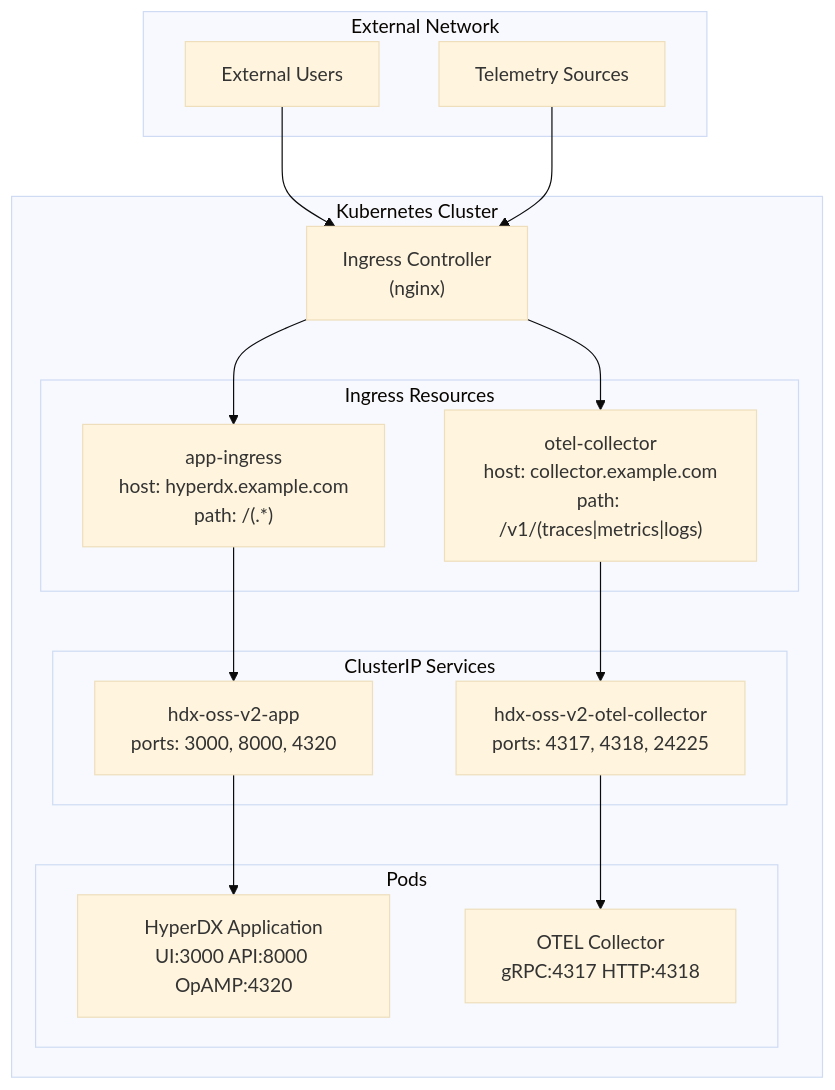
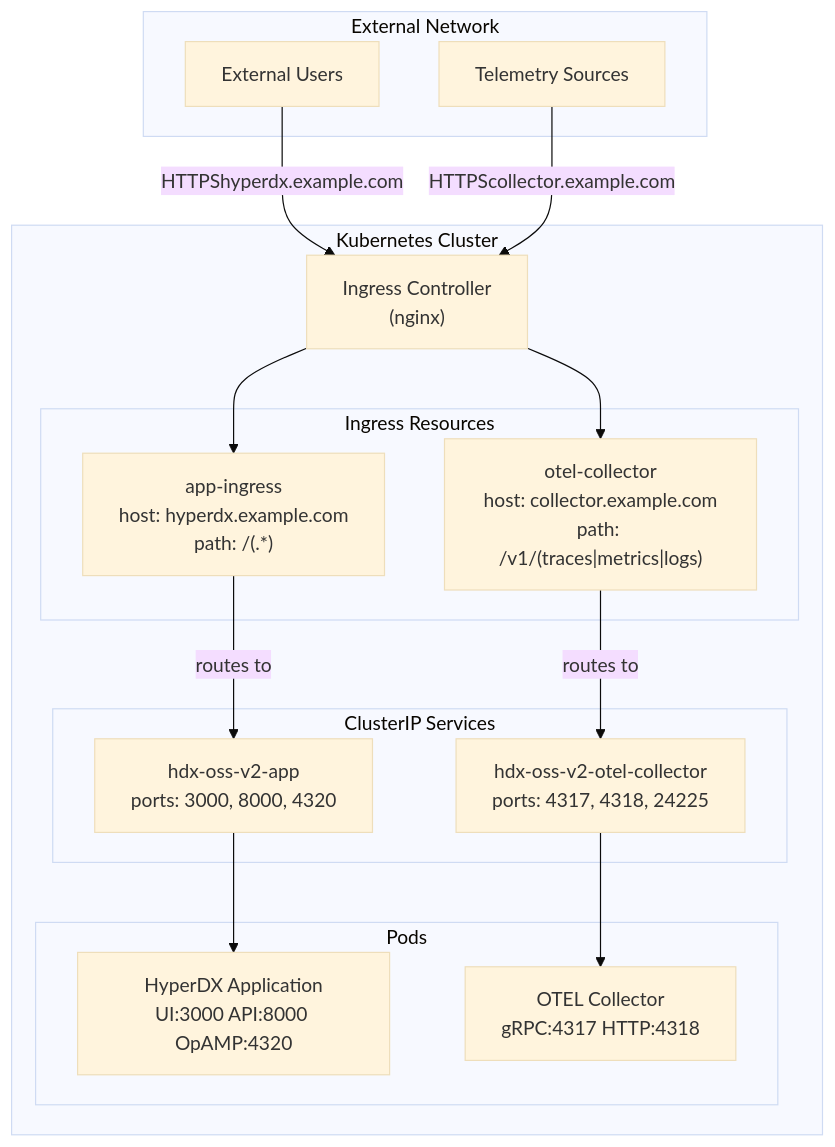
Before and after one commit to openchoreo/openchoreo: the second of 5 diagrams in docs/hyperdxio-helm-charts-docs/Ingress-and-External-Access.md, drawn with Mermaid (base theme). The commit also changed other lines of this file and 85 other files, not shown here.

Commit message:
feat: Add new workflow and specification templates, update Helm chart dependencies, and clarify documentation diagrams.

````diff
--- a/docs/hyperdxio-helm-charts-docs/Ingress-and-External-Access.md
+++ b/docs/hyperdxio-helm-charts-docs/Ingress-and-External-Access.md
@@ -153,46 +153,46 @@
 ```mermaid
 flowchart TD
 
 Users["External Users"]
 TelemetrySources["Telemetry Sources"]
 IngressController["Ingress Controller<br>(nginx)"]
 AppIngress["app-ingress<br>host: hyperdx.example.com<br>path: /(.*)"]
 OtelIngress["otel-collector<br>host: collector.example.com<br>path: /v1/(traces|metrics|logs)"]
 AppService["hdx-oss-v2-app<br>ports: 3000, 8000, 4320"]
 OtelService["hdx-oss-v2-otel-collector<br>ports: 4317, 4318, 24225"]
 AppPod["HyperDX Application<br>UI:3000 API:8000 OpAMP:4320"]
 OtelPod["OTEL Collector<br>gRPC:4317 HTTP:4318"]
 
-Users --> IngressController
-TelemetrySources --> IngressController
+Users -->|"HTTPShyperdx.example.com"| IngressController
+TelemetrySources -->|"HTTPScollector.example.com"| IngressController
 
 subgraph subGraph4 ["Kubernetes Cluster"]
     IngressController
     IngressController --> AppIngress
     IngressController --> OtelIngress
-    AppIngress --> AppService
-    OtelIngress --> OtelService
+    AppIngress -->|"routes to"| AppService
+    OtelIngress -->|"routes to"| OtelService
     AppService --> AppPod
     OtelService --> OtelPod
 
 subgraph Pods ["Pods"]
     AppPod
     OtelPod
 end
 
 subgraph subGraph2 ["ClusterIP Services"]
     AppService
     OtelService
 end
 
 subgraph subGraph1 ["Ingress Resources"]
     AppIngress
     OtelIngress
 end
 end
 
 subgraph subGraph0 ["External Network"]
     Users
     TelemetrySources
 end
 ```
````
